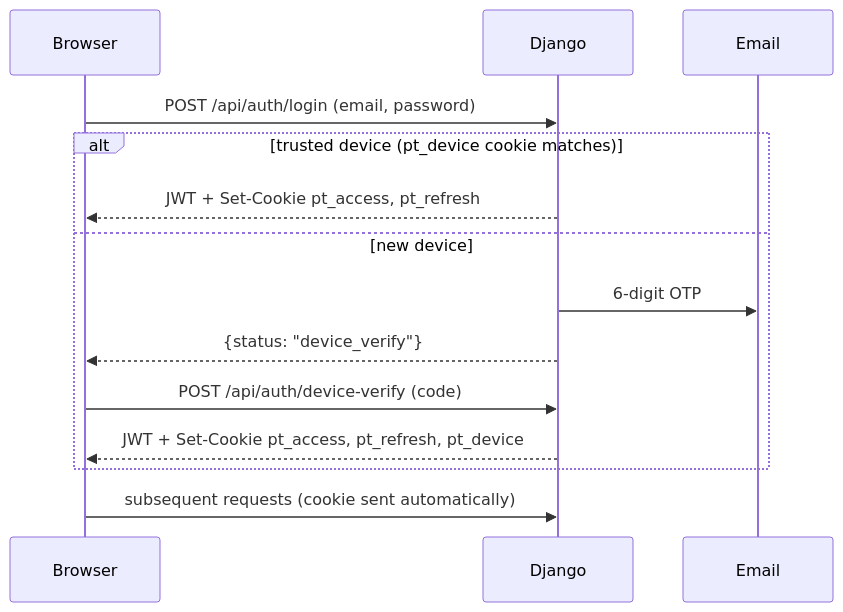
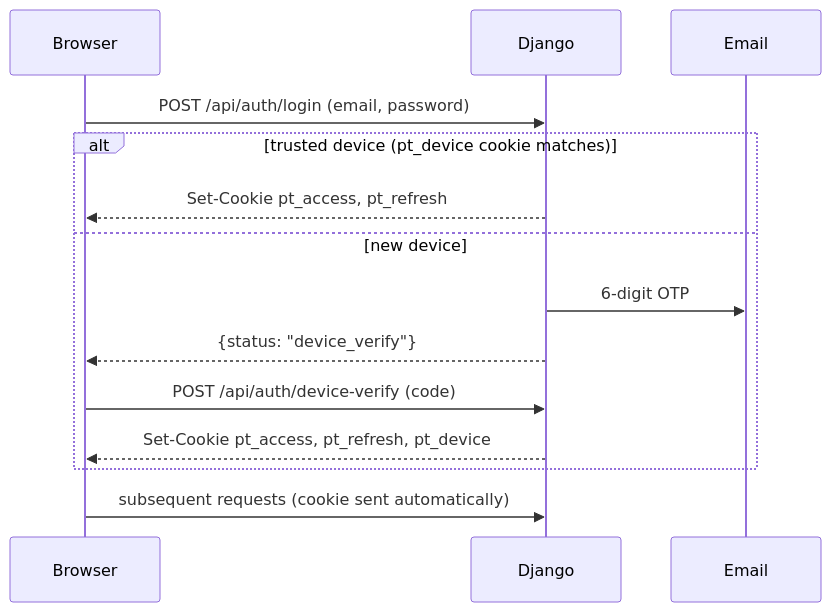
One commit to dishantbarot-ravasco/Purchase-Tracker-Dashboard changed the second of 2 diagrams in ARCHITECTURE.md. Above: the diagram before and after it, drawn with Mermaid. The commit also changed other lines of this file and 2 other files, not shown here.

````diff
--- a/ARCHITECTURE.md
+++ b/ARCHITECTURE.md
@@ -82,17 +98,17 @@
 ```mermaid
 sequenceDiagram
     participant B as Browser
     participant D as Django
     participant E as Email
 
     B->>D: POST /api/auth/login (email, password)
     alt trusted device (pt_device cookie matches)
-        D-->>B: JWT + Set-Cookie pt_access, pt_refresh
+        D-->>B: Set-Cookie pt_access, pt_refresh
     else new device
         D->>E: 6-digit OTP
         D-->>B: {status: "device_verify"}
         B->>D: POST /api/auth/device-verify (code)
-        D-->>B: JWT + Set-Cookie pt_access, pt_refresh, pt_device
+        D-->>B: Set-Cookie pt_access, pt_refresh, pt_device
     end
     B->>D: subsequent requests (cookie sent automatically)
 ```
````
